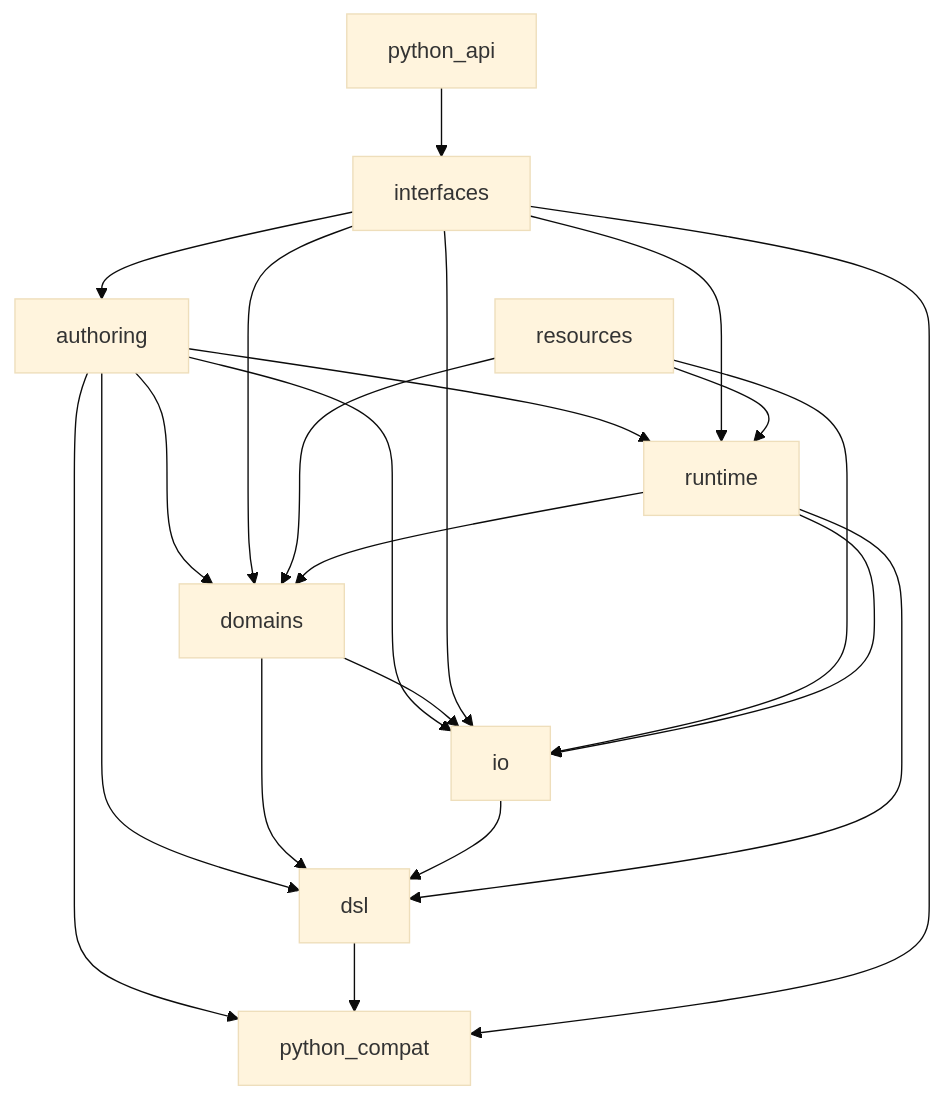
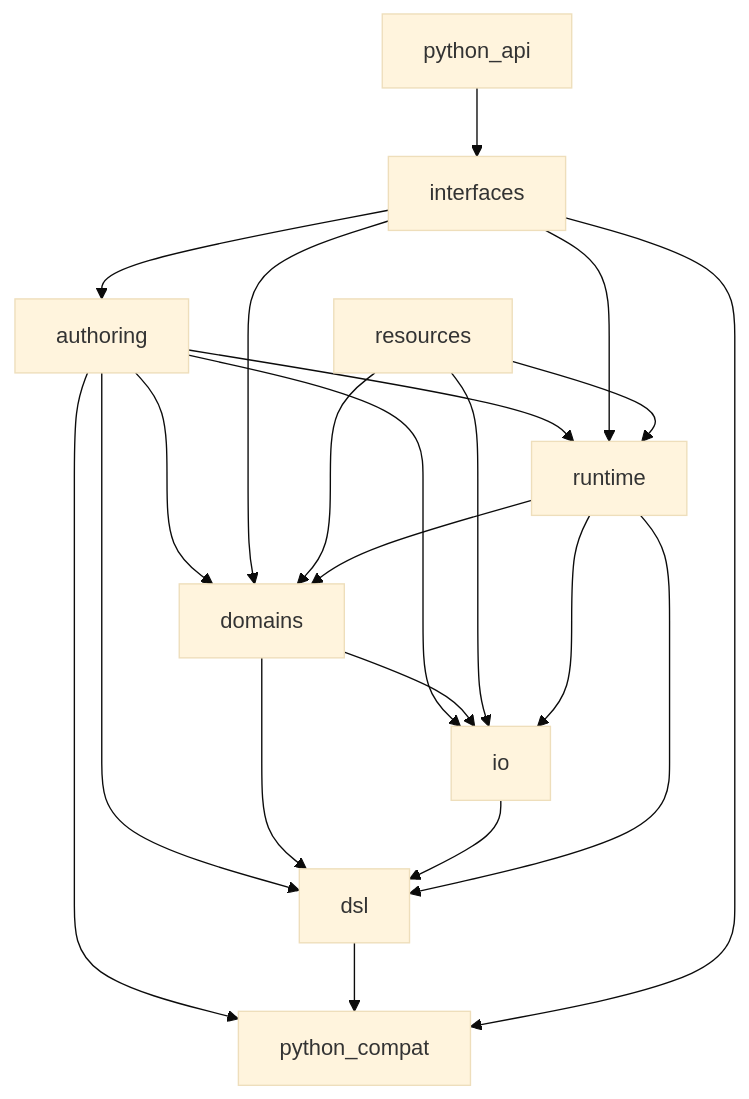
The second of 2 diagrams in docs/architecture/refactoring-study/experiment-2/target-architecture.md (rapiddweller/datamimic), drawn with Mermaid (base theme) before and after one commit. The commit also changed 25 other files, not shown here.

````diff
--- a/docs/architecture/refactoring-study/experiment-2/target-architecture.md
+++ b/docs/architecture/refactoring-study/experiment-2/target-architecture.md
@@ -74,24 +74,23 @@
 ```mermaid
 graph TD
     authoring --> domains
     authoring --> dsl
     authoring --> io
     authoring --> python_compat
     authoring --> runtime
     domains --> dsl
     domains --> io
     dsl --> python_compat
     interfaces --> authoring
     interfaces --> domains
-    interfaces --> io
     interfaces --> python_compat
     interfaces --> runtime
     io --> dsl
     python_api --> interfaces
     resources --> domains
     resources --> io
     resources --> runtime
     runtime --> domains
     runtime --> dsl
     runtime --> io
 ```
````
